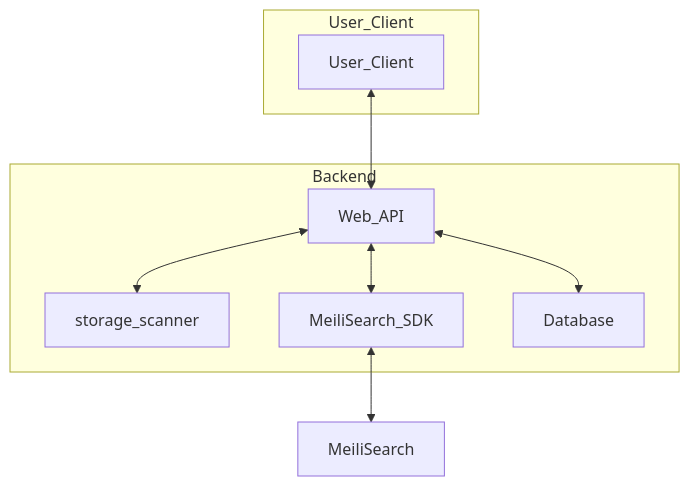
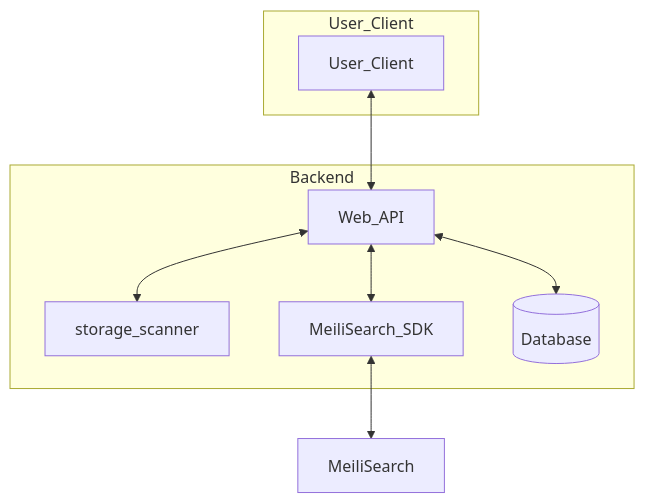
Before and after one commit to tsctsc6/MusicManager_doc: the diagram in Architecture.md, drawn with Mermaid.

Commit message:
update arch

````diff
--- a/Architecture.md
+++ b/Architecture.md
@@ -2,14 +2,14 @@
 ```mermaid
 flowchart TD
     subgraph User_Client
     U["User_Client"]
     end
     subgraph Backend
     Web_API <--> storage_scanner
     Web_API <--> MeiliSearch_SDK
-    Web_API <--> Database
+    Web_API <--> D[(Database)]
     end
     S["MeiliSearch"]
     U <--> Web_API
     MeiliSearch_SDK <--> S
 ```
````
